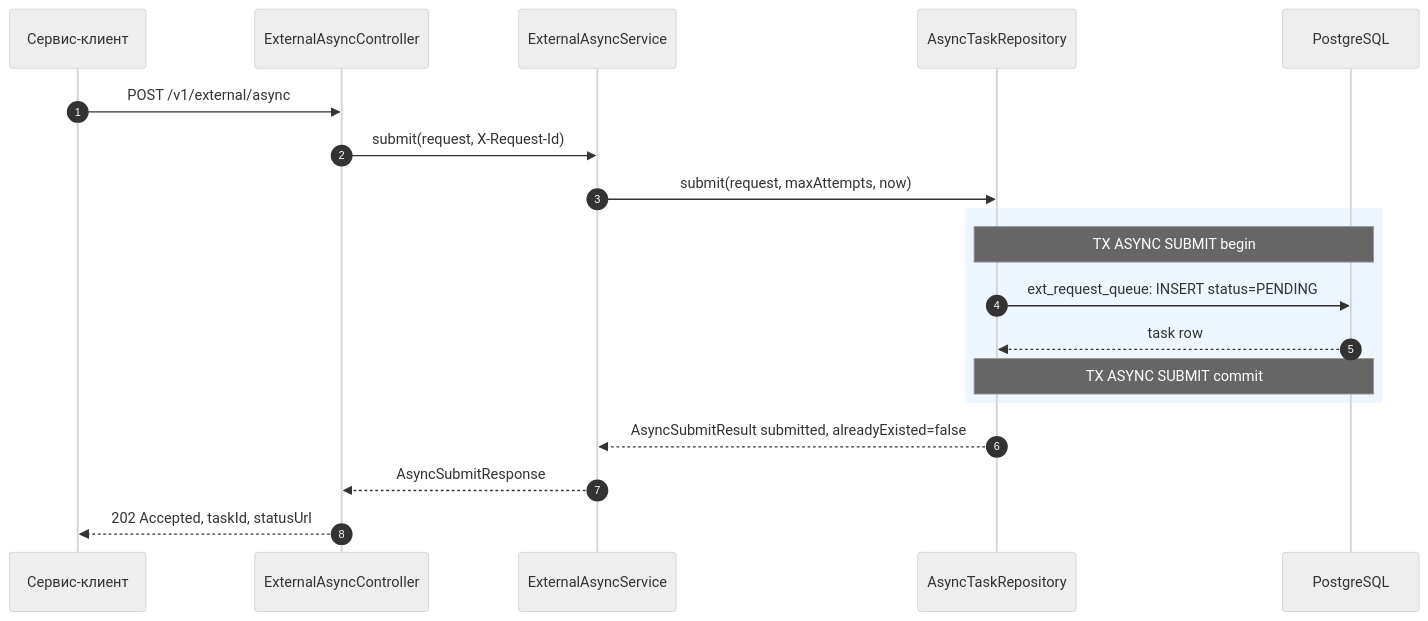
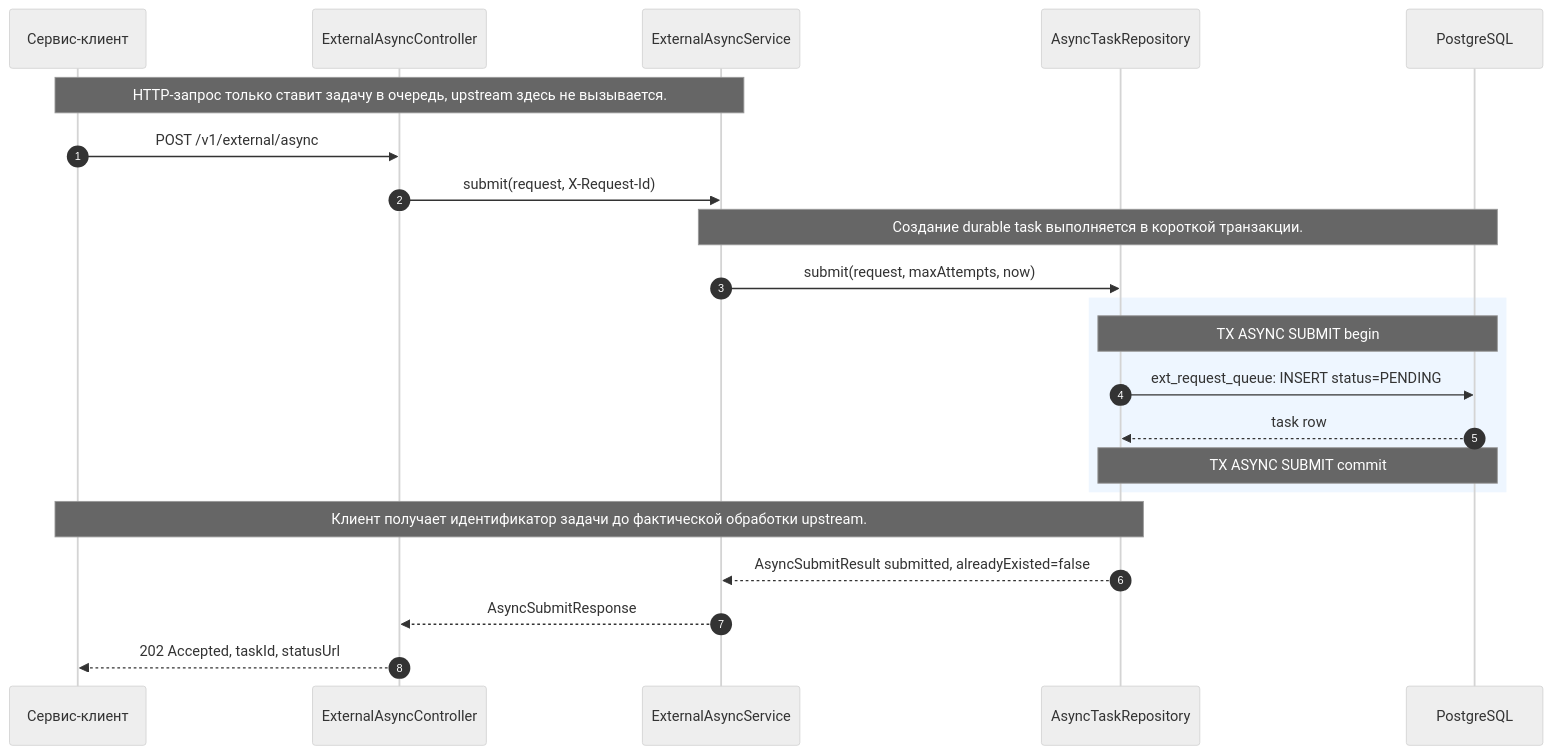
Before and after one commit to DenisVanin4402/TestQwenCli: the first of 12 diagrams in docs/external-service-gateway/architecture/06-sequence-async.md, drawn with Mermaid (neutral theme). The commit also changed other lines of this file and 2 other files, not shown here.

Commit message:
диаграммы обновлены детализацией sequence

````diff
--- a/docs/external-service-gateway/architecture/06-sequence-async.md
+++ b/docs/external-service-gateway/architecture/06-sequence-async.md
@@ -10,22 +12,25 @@
 ```mermaid
 sequenceDiagram
     autonumber
     participant Client as Сервис-клиент
     participant API as ExternalAsyncController
     participant Service as ExternalAsyncService
     participant Repo as AsyncTaskRepository
     participant DB as PostgreSQL
 
+    Note over Client,Service: HTTP-запрос только ставит задачу в очередь, upstream здесь не вызывается.
     Client->>API: POST /v1/external/async
     API->>Service: submit(request, X-Request-Id)
+    Note over Service,DB: Создание durable task выполняется в короткой транзакции.
     Service->>Repo: submit(request, maxAttempts, now)
     rect rgb(238, 246, 255)
         Note over Repo,DB: TX ASYNC SUBMIT begin
         Repo->>DB: ext_request_queue: INSERT status=PENDING
         DB-->>Repo: task row
         Note over Repo,DB: TX ASYNC SUBMIT commit
     end
+    Note over Repo,Client: Клиент получает идентификатор задачи до фактической обработки upstream.
     Repo-->>Service: AsyncSubmitResult submitted, alreadyExisted=false
     Service-->>API: AsyncSubmitResponse
     API-->>Client: 202 Accepted, taskId, statusUrl
 ```
````
